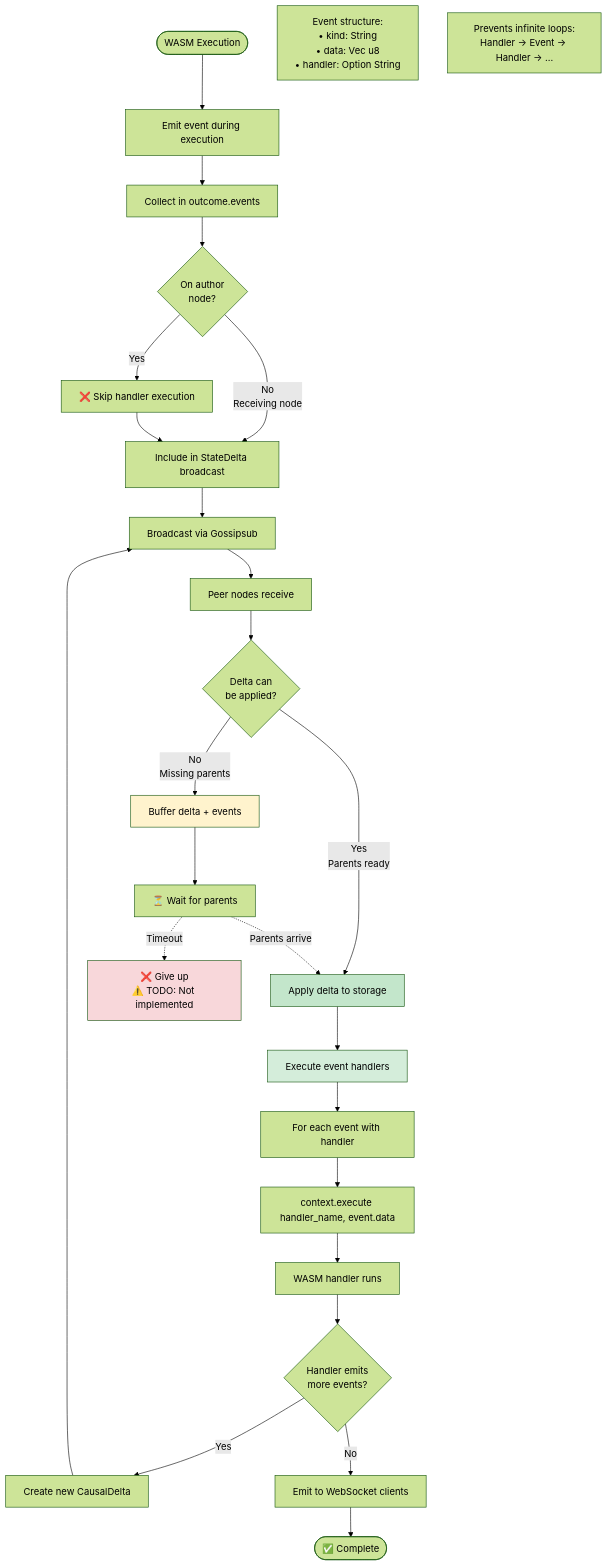
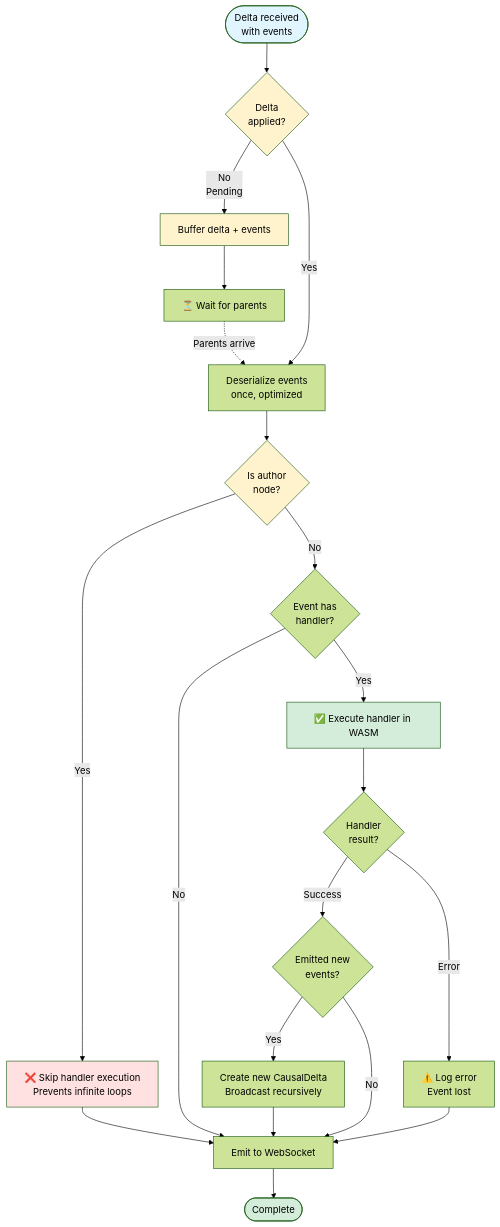
One commit to calimero-network/core changed the third of 5 diagrams in crates/node/README.md. Above: the diagram before and after it, drawn with Mermaid (forest theme). The commit also changed other lines of this file and 8 other files, not shown here.

````diff
--- a/crates/node/README.md
+++ b/crates/node/README.md
@@ -247,47 +166,40 @@
 ```mermaid
 flowchart TD
-    Start([WASM Execution]) --> Emit[Emit event during execution]
+    Start([Delta received<br/>with events]) --> Applied{Delta<br/>applied?}
     
-    Emit --> Collect[Collect in outcome.events]
-    Note1[Event structure:<br/>• kind: String<br/>• data: Vec u8<br/>• handler: Option String]
+    Applied -->|No<br/>Pending| Buffer[Buffer delta + events]
+    Applied -->|Yes| Deserialize[Deserialize events<br/>once, optimized]
     
-    Collect --> AuthorCheck{On author<br/>node?}
+    Buffer --> Wait[⏳ Wait for parents]
+    Wait -.->|Parents arrive| Deserialize
     
-    AuthorCheck -->|Yes| Skip[❌ Skip handler execution]
-    Note2[Prevents infinite loops:<br/>Handler → Event → Handler → ...]
+    Deserialize --> AuthorCheck{Is author<br/>node?}
     
-    AuthorCheck -->|No<br/>Receiving node| Include[Include in StateDelta broadcast]
-    Skip --> Include
+    AuthorCheck -->|Yes| Skip[❌ Skip handler execution<br/>Prevents infinite loops]
+    AuthorCheck -->|No| HasHandler{Event has<br/>handler?}
     
-    Include --> Broadcast[Broadcast via Gossipsub]
+    Skip --> EmitWS[Emit to WebSocket]
     
-    Broadcast --> Peers[Peer nodes receive]
+    HasHandler -->|No| EmitWS
+    HasHandler -->|Yes| ExecuteHandler[✅ Execute handler in WASM]
     
-    Peers --> DeltaCheck{Delta can<br/>be applied?}
+    ExecuteHandler --> HandlerResult{Handler<br/>result?}
     
-    DeltaCheck -->|Yes<br/>Parents ready| ApplyDelta[Apply delta to storage]
-    DeltaCheck -->|No<br/>Missing parents| BufferDelta[Buffer delta + events]
+    HandlerResult -->|Success| CheckNewEvents{Emitted new<br/>events?}
+    HandlerResult -->|Error| LogError[⚠️ Log error<br/>Event lost]
     
-    ApplyDelta --> ExecHandlers[Execute event handlers]
+    CheckNewEvents -->|Yes| NewDelta[Create new CausalDelta<br/>Broadcast recursively]
+    CheckNewEvents -->|No| EmitWS
     
-    ExecHandlers --> Loop[For each event with handler]
-    Loop --> CallWASM[context.execute handler_name, event.data]
-    CallWASM --> HandlerExec[WASM handler runs]
-    HandlerExec --> MayEmit{Handler emits<br/>more events?}
+    LogError --> EmitWS
+    NewDelta --> EmitWS
+    EmitWS --> Done([Complete])
     
-    MayEmit -->|Yes| NewDelta[Create new CausalDelta]
-    MayEmit -->|No| EmitWS[Emit to WebSocket clients]
-    
-    NewDelta --> Broadcast
-    
-    BufferDelta --> Wait[⏳ Wait for parents]
-    Wait -.->|Parents arrive| ApplyDelta
-    Wait -.->|Timeout| GiveUp[❌ Give up<br/>⚠️ TODO: Not implemented]
-    
-    EmitWS --> Done([✅ Complete])
-    
-    style ApplyDelta fill:#c3e6cb
-    style ExecHandlers fill:#d4edda
-    style BufferDelta fill:#fff3cd
-    style GiveUp fill:#f8d7da
+    style Start fill:#e1f5ff
+    style Applied fill:#fff3cd
+    style AuthorCheck fill:#fff3cd
+    style Skip fill:#ffe1e1
+    style ExecuteHandler fill:#d4edda
+    style Buffer fill:#fff3cd
+    style Done fill:#d4edda
 ```
````
